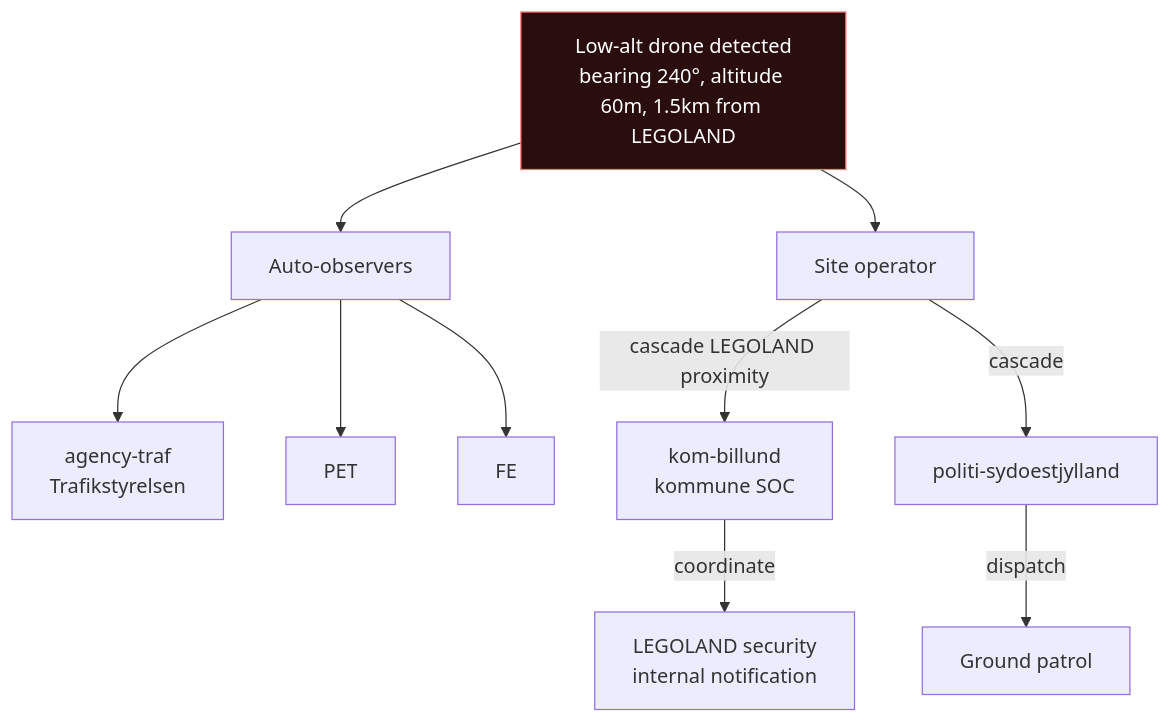
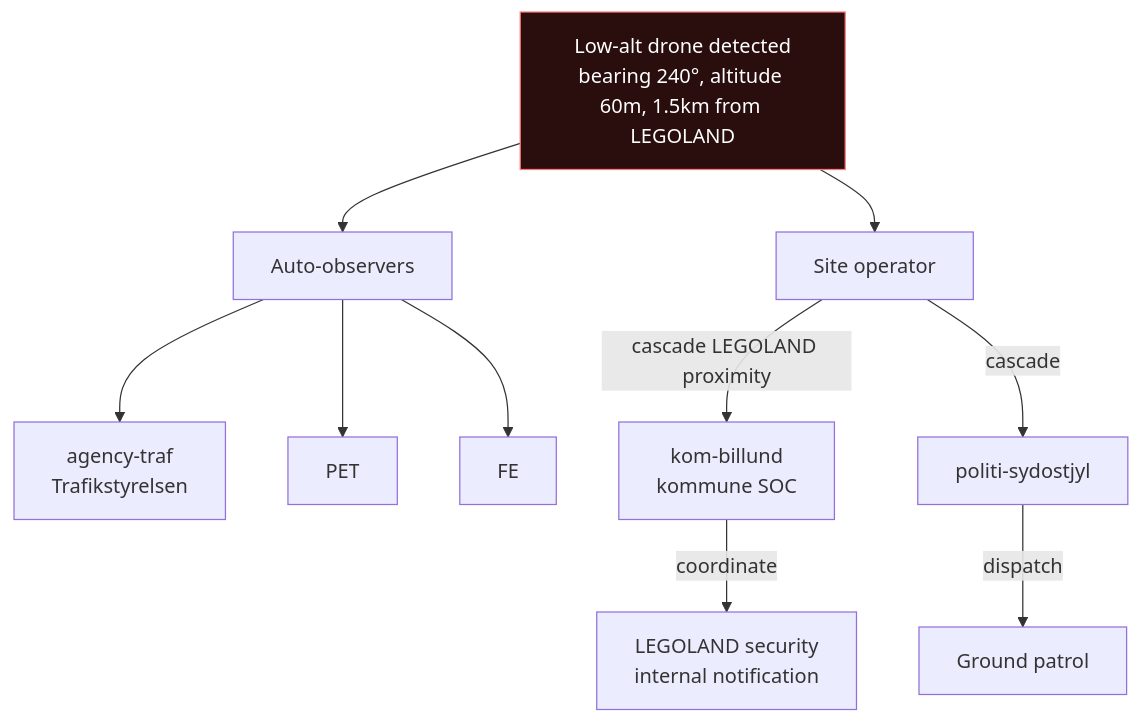
Before and after one commit to Luckyluc321/ISR-Systems-c2-platform: the second of 3 diagrams in docs/sites/billund-airport.md, drawn with Mermaid. The commit also changed other lines of this file and 4 other files, not shown here.

````diff
--- a/docs/sites/billund-airport.md
+++ b/docs/sites/billund-airport.md
@@ -76,14 +78,14 @@
 ```mermaid
 flowchart TD
   E["Low-alt drone detected<br/>bearing 240°, altitude 60m, 1.5km from LEGOLAND"]
   E --> AUTO["Auto-observers"]
   AUTO --> TRAF[agency-traf<br/>Trafikstyrelsen]
   AUTO --> PET
   AUTO --> FE
   E --> OPS[Site operator]
   OPS -->|cascade LEGOLAND proximity| KOM[kom-billund<br/>kommune SOC]
   KOM -->|coordinate| LGL[LEGOLAND security<br/>internal notification]
-  OPS -->|cascade| POLSOJ[politi-sydoestjylland]
+  OPS -->|cascade| POLSOJ[politi-sydostjyl]
   POLSOJ -->|dispatch| PATROL[Ground patrol]
   style E fill:#2a0d0d,stroke:#ff7878,color:#fff
 ```
````
